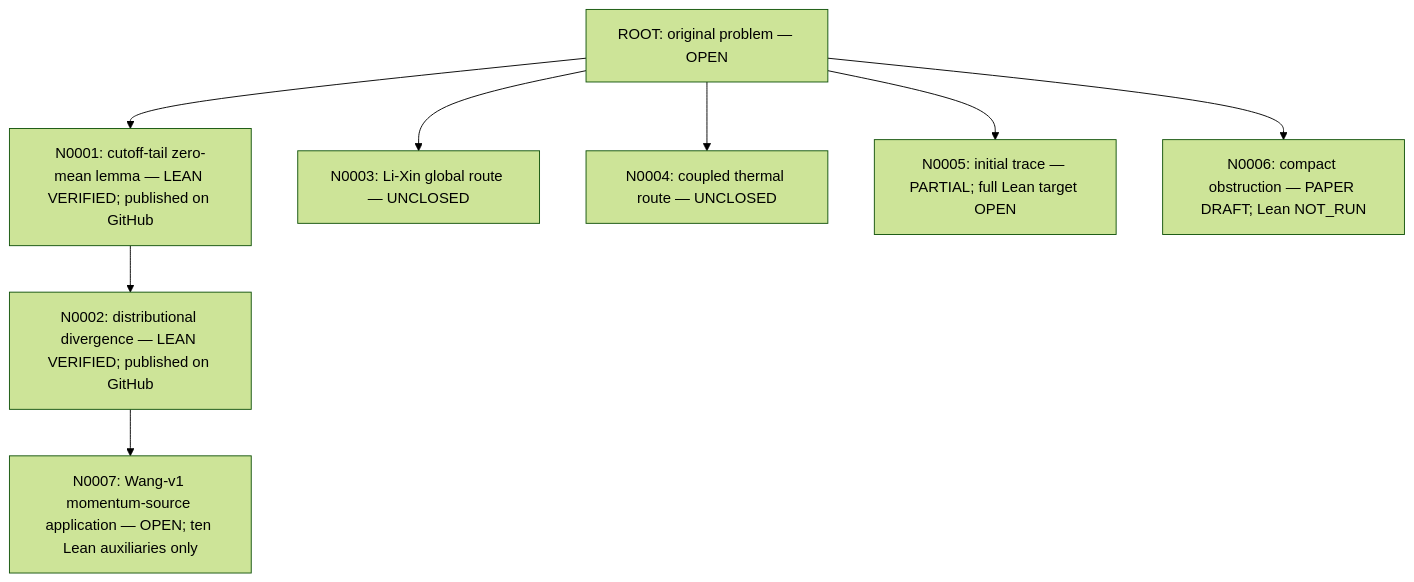
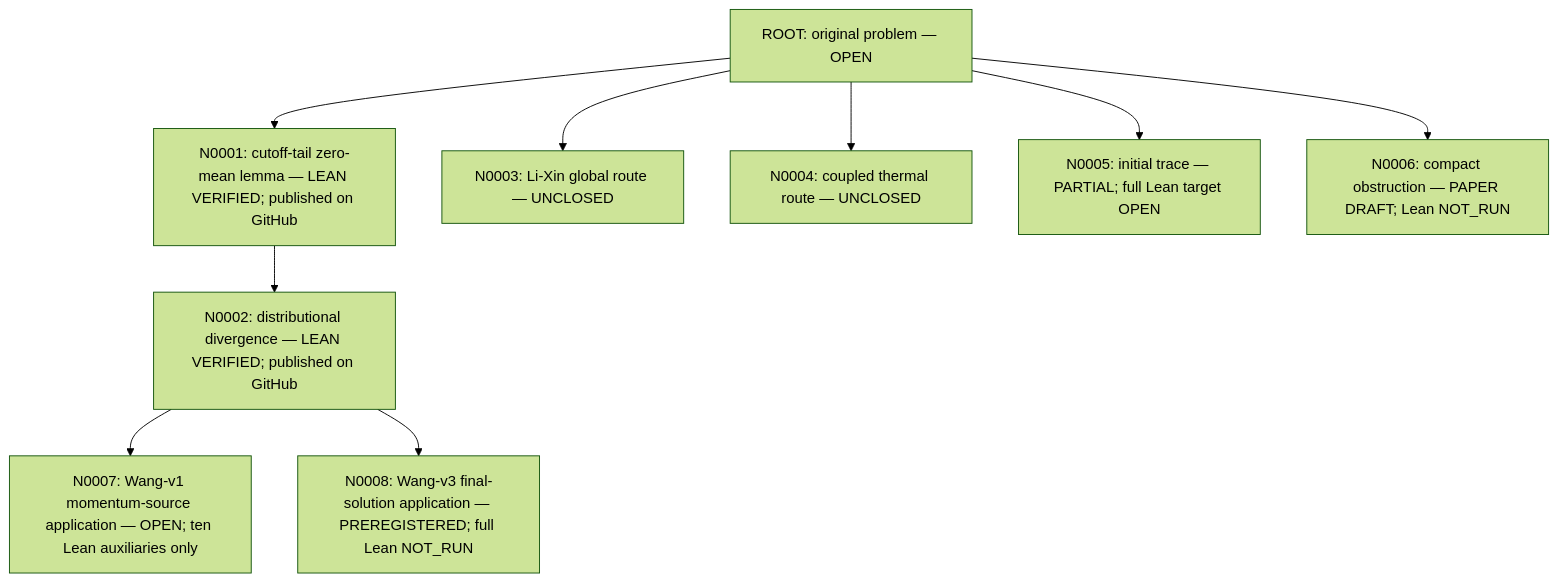
Before and after one commit to SongXin2357/xiong-fns-general-vacuum: the diagram in README.md, drawn with Mermaid (forest theme). The commit also changed 5 other files, not shown here.

````diff
--- a/README.md
+++ b/README.md
@@ -9,10 +9,11 @@
 ```mermaid
 flowchart TD
  ROOT["ROOT: original problem — OPEN"] --> N0001["N0001: cutoff-tail zero-mean lemma — LEAN VERIFIED; published on GitHub"]
  N0001 --> N0002["N0002: distributional divergence — LEAN VERIFIED; published on GitHub"]
  N0002 --> N0007["N0007: Wang-v1 momentum-source application — OPEN; ten Lean auxiliaries only"]
+ N0002 --> N0008["N0008: Wang-v3 final-solution application — PREREGISTERED; full Lean NOT_RUN"]
  ROOT --> N0003["N0003: Li-Xin global route — UNCLOSED"]
  ROOT --> N0004["N0004: coupled thermal route — UNCLOSED"]
  ROOT --> N0005["N0005: initial trace — PARTIAL; full Lean target OPEN"]
  ROOT --> N0006["N0006: compact obstruction — PAPER DRAFT; Lean NOT_RUN"]
 ```
````
